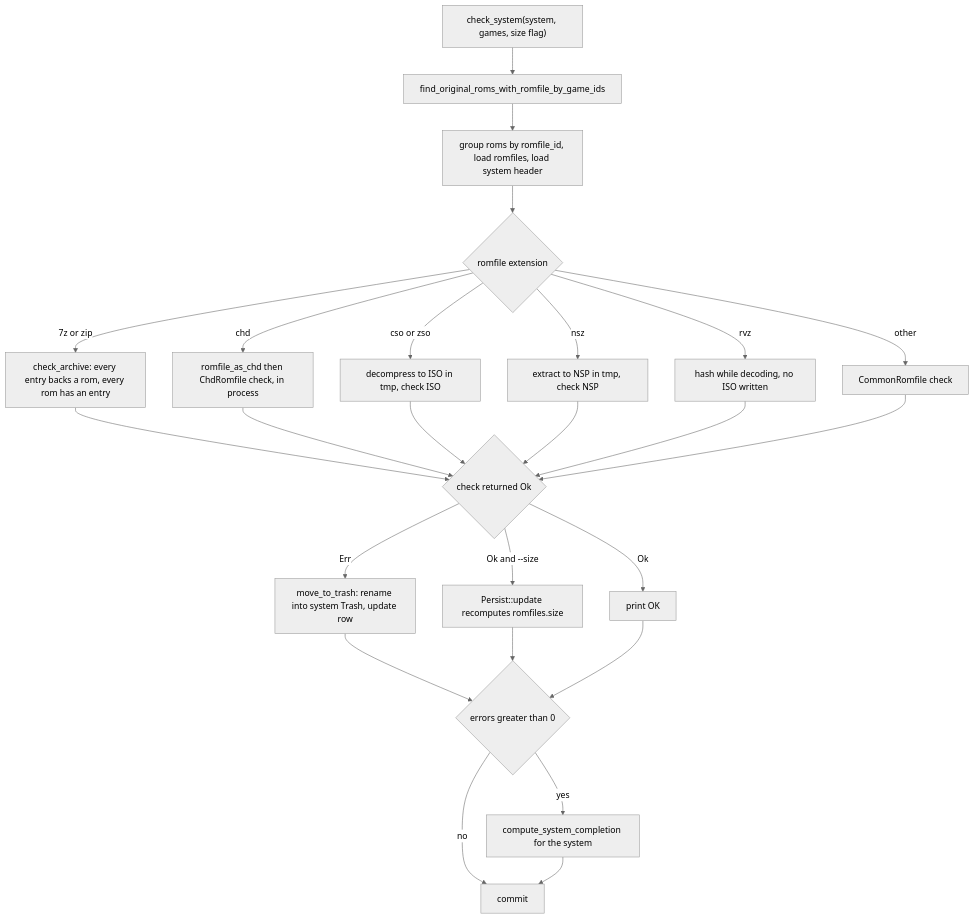
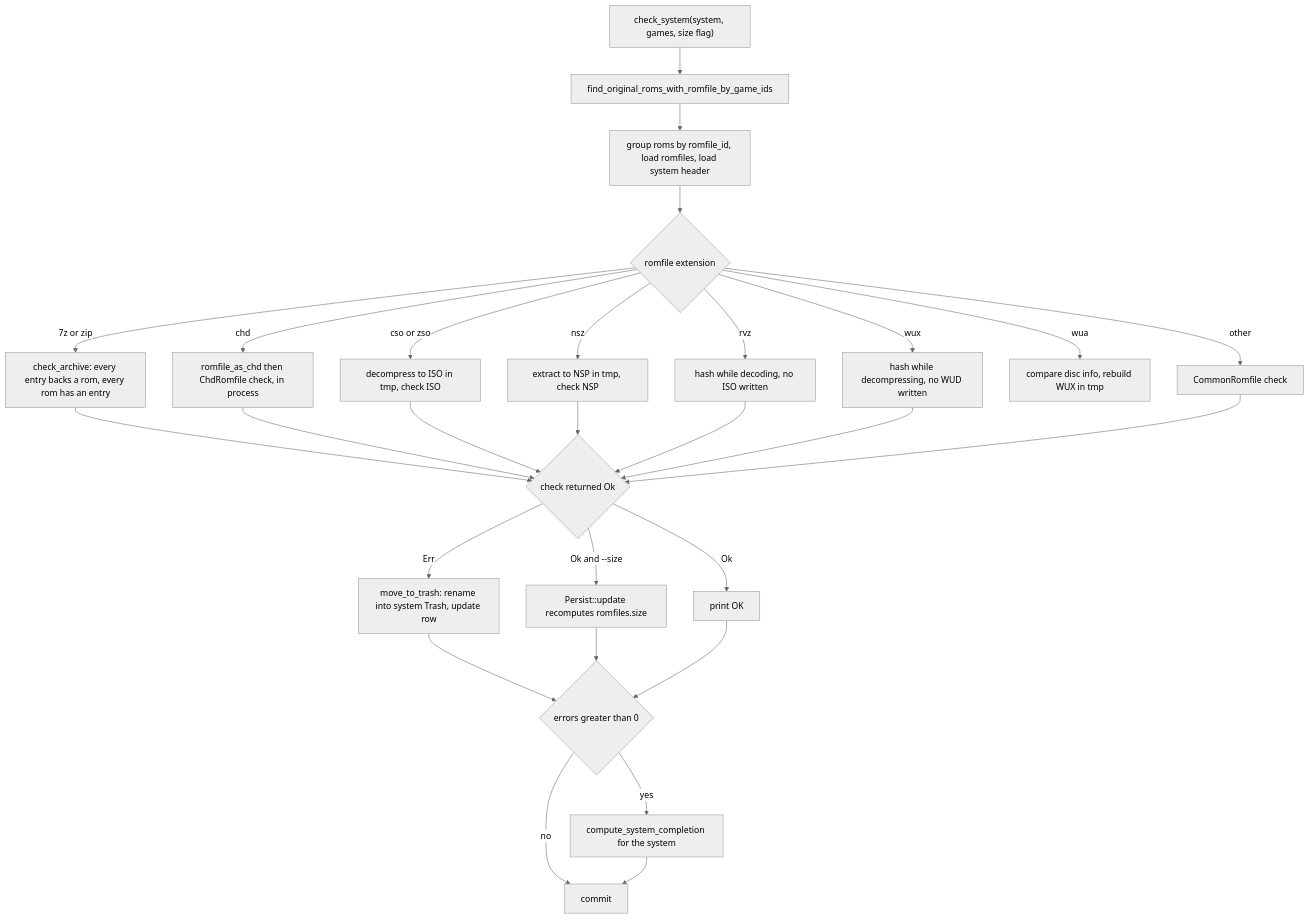
Before and after one commit to alucryd/oxyromon: the first of 2 diagrams in openwiki/workflows/integrity-check-and-purge.md, drawn with Mermaid (neutral theme). The commit also changed other lines of this file and 166 other files, not shown here.

````diff
--- a/openwiki/workflows/integrity-check-and-purge.md
+++ b/openwiki/workflows/integrity-check-and-purge.md
@@ -172,27 +178,30 @@
 ```mermaid
 flowchart TD
     A["check_system(system, games, size flag)"] --> B["find_original_roms_with_romfile_by_game_ids"]
     B --> C["group roms by romfile_id, load romfiles, load system header"]
     C --> D{"romfile extension"}
     D -->|7z or zip| E["check_archive: every entry backs a rom, every rom has an entry"]
     D -->|chd| F["romfile_as_chd then ChdRomfile check, in process"]
     D -->|cso or zso| I["decompress to ISO in tmp, check ISO"]
     D -->|nsz| J["extract to NSP in tmp, check NSP"]
     D -->|rvz| K["hash while decoding, no ISO written"]
+    D -->|wux| W["hash while decompressing, no WUD written"]
+    D -->|wua| WA["compare disc info, rebuild WUX in tmp"]
     D -->|other| L["CommonRomfile check"]
     E --> M{"check returned Ok"}
     F --> M
     I --> M
     J --> M
     K --> M
+    W --> M
     L --> M
     M -->|Err| N["move_to_trash: rename into system Trash, update row"]
     M -->|"Ok and --size"| O["Persist::update recomputes romfiles.size"]
     M -->|Ok| P["print OK"]
     N --> Q{"errors greater than 0"}
     O --> Q
     P --> Q
     Q -->|yes| R["compute_system_completion for the system"]
     Q -->|no| S["commit"]
     R --> S
 ```
````
